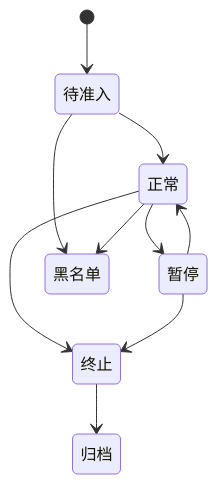
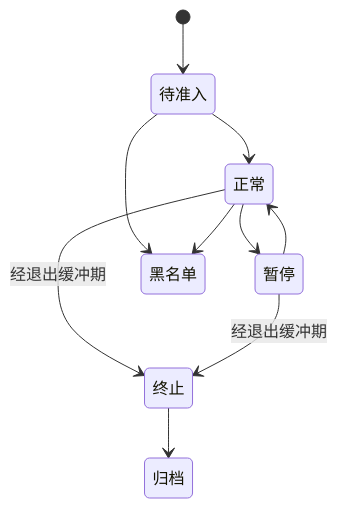
One commit to jxh1979/mall changed the sixth of 19 diagrams in docs/platform-governance-product-spec-v0.2.md. Above: the diagram before and after it, drawn with Mermaid. The commit also changed other lines of this file and 2 other files, not shown here.

````diff
--- a/docs/platform-governance-product-spec-v0.2.md
+++ b/docs/platform-governance-product-spec-v0.2.md
@@ -1580,12 +1580,12 @@
 ```mermaid
 stateDiagram-v2
     [*] --> 待准入
     待准入 --> 正常
     正常 --> 暂停
     暂停 --> 正常
-    正常 --> 终止
-    暂停 --> 终止
+    正常 --> 终止: 经退出缓冲期
+    暂停 --> 终止: 经退出缓冲期
     终止 --> 归档
     待准入 --> 黑名单
     正常 --> 黑名单
 ```
````
